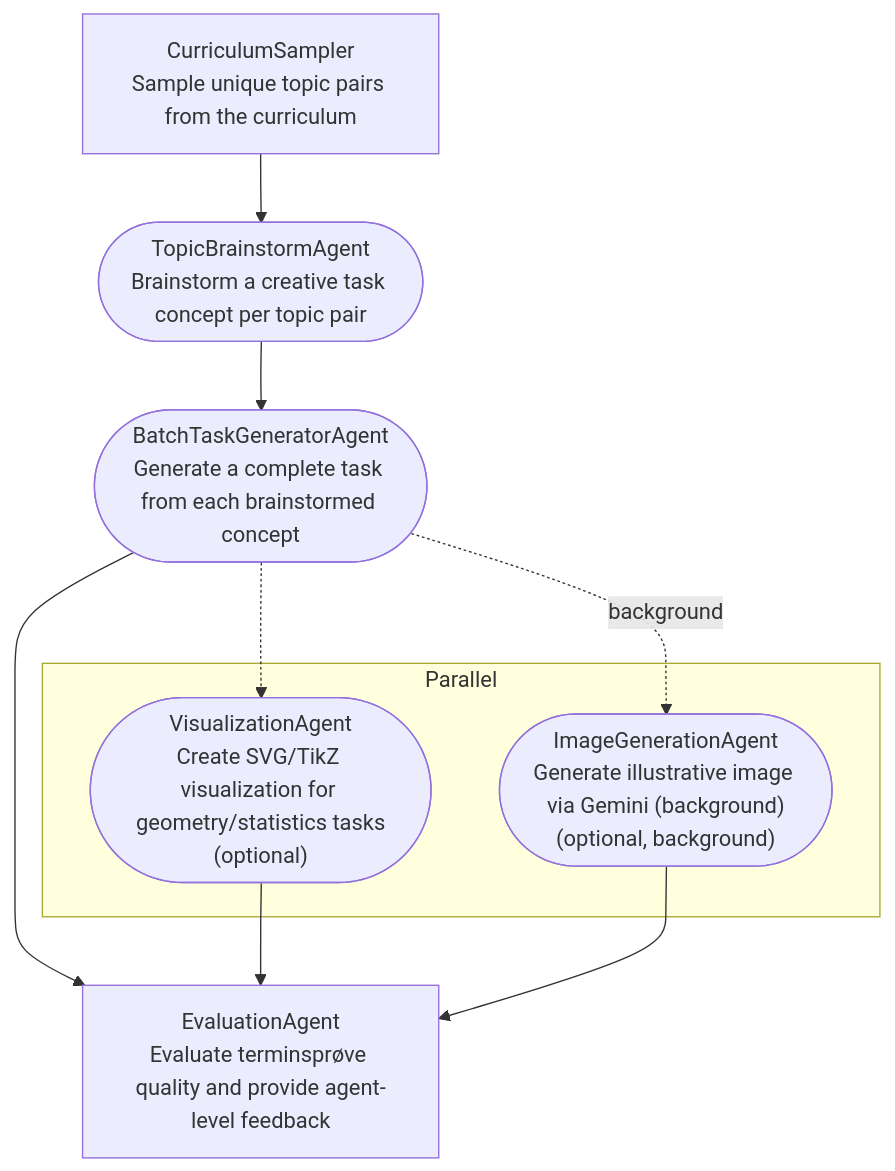
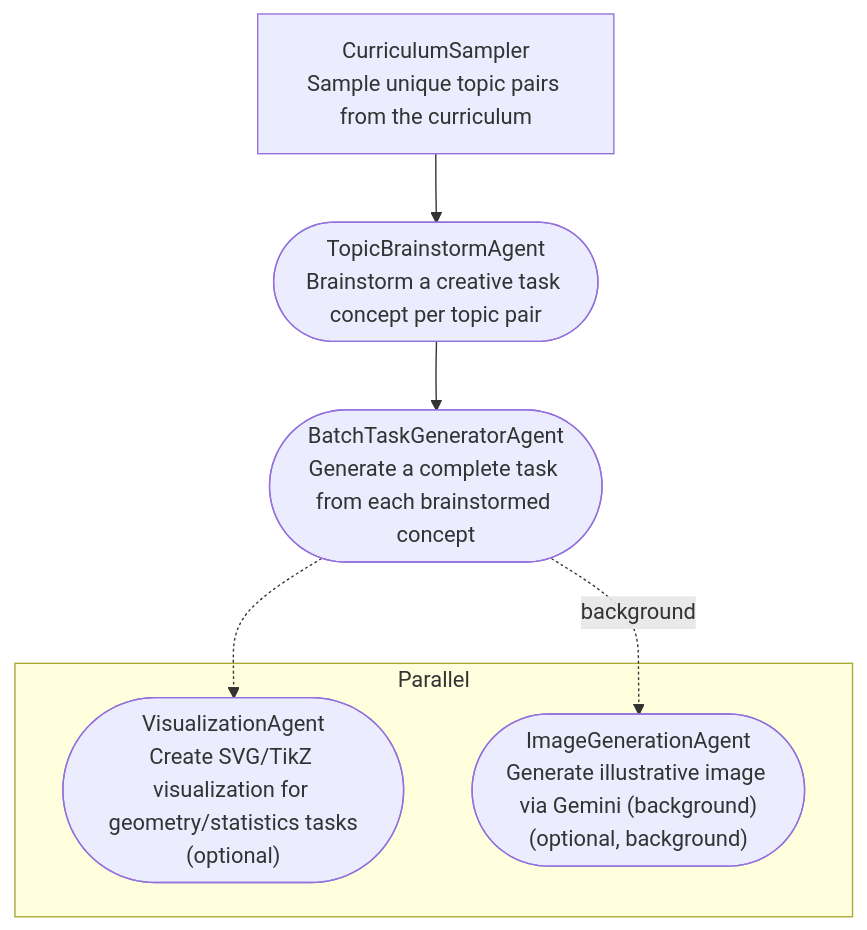
One commit to JensThyregod/mat changed the second of 3 diagrams in docs/agent-orchestration.md. Above: the diagram before and after it, drawn with Mermaid. The commit also changed 38 other files, not shown here.

````diff
--- a/docs/agent-orchestration.md
+++ b/docs/agent-orchestration.md
@@ -192,22 +192,18 @@
 ```mermaid
 flowchart TD
     CurriculumSampler["CurriculumSampler<br/>Sample unique topic pairs from the curriculum"]
     TopicBrainstormAgent(["TopicBrainstormAgent<br/>Brainstorm a creative task concept per topic pair"])
     BatchTaskGeneratorAgent(["BatchTaskGeneratorAgent<br/>Generate a complete task from each brainstormed concept"])
     VisualizationAgent(["VisualizationAgent<br/>Create SVG/TikZ visualization for geometry/statistics tasks<br/>(optional)"])
     ImageGenerationAgent(["ImageGenerationAgent<br/>Generate illustrative image via Gemini (background)<br/>(optional, background)"])
-    EvaluationAgent["EvaluationAgent<br/>Evaluate terminsprøve quality and provide agent-level feedback"]
 
     subgraph parallel_VisualizationAgent ["Parallel"]
         VisualizationAgent
         ImageGenerationAgent
     end
 
     CurriculumSampler --> TopicBrainstormAgent
     TopicBrainstormAgent --> BatchTaskGeneratorAgent
     BatchTaskGeneratorAgent -.-> VisualizationAgent
     BatchTaskGeneratorAgent -.->|"background"| ImageGenerationAgent
-    BatchTaskGeneratorAgent --> EvaluationAgent
-    VisualizationAgent --> EvaluationAgent
-    ImageGenerationAgent --> EvaluationAgent
 ```
````
